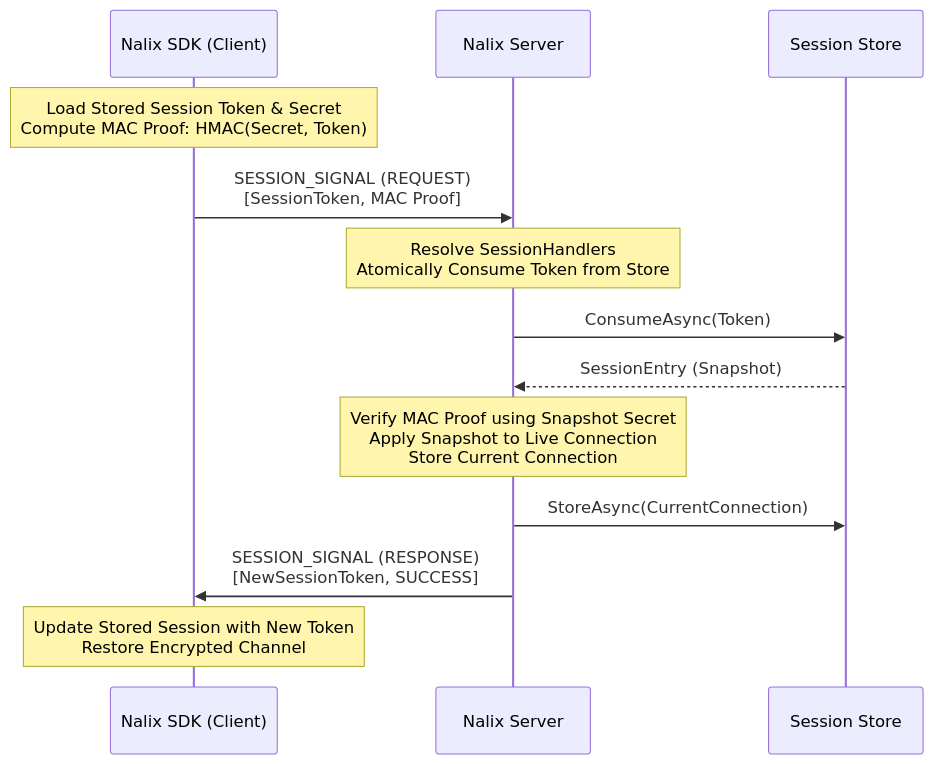
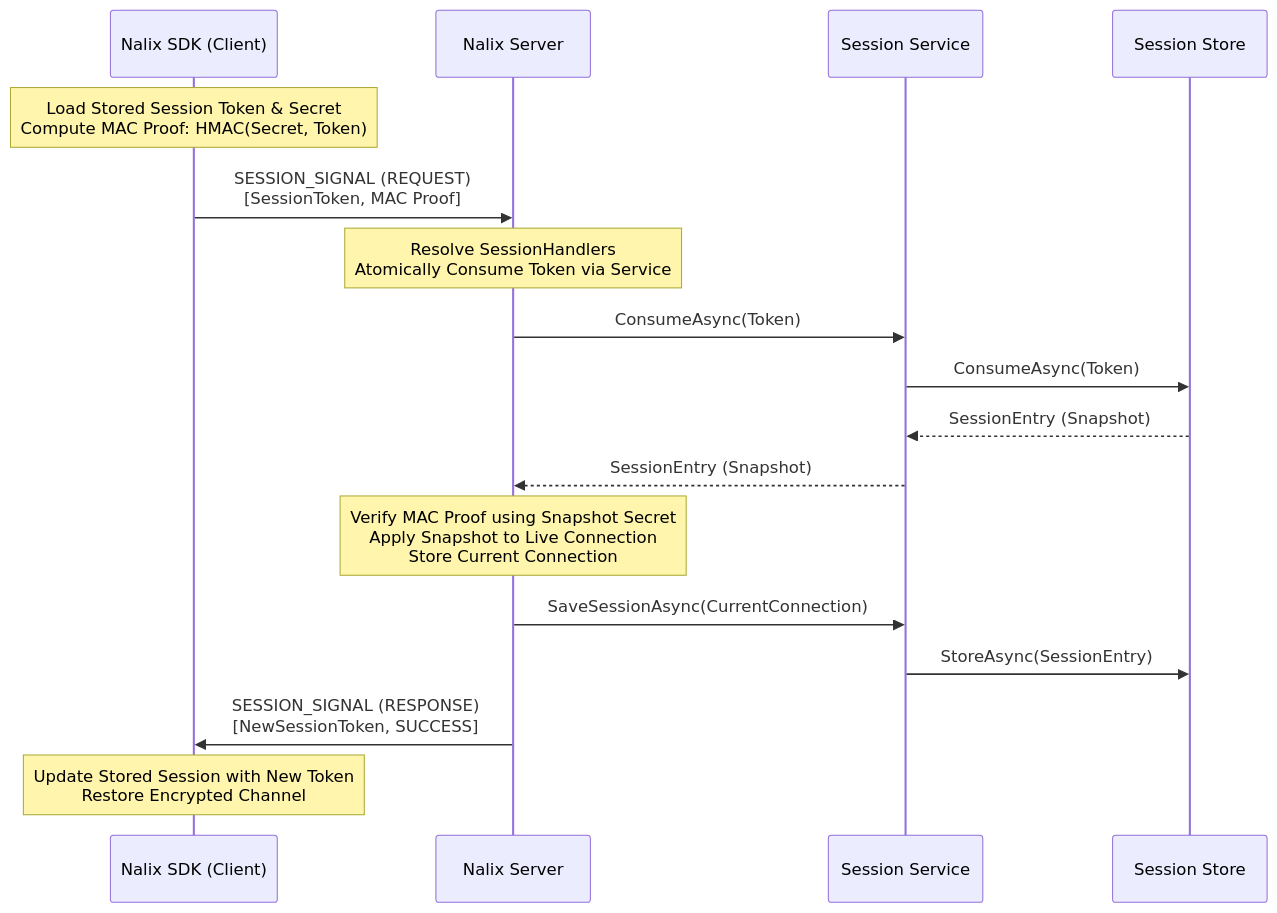
One commit to ppn-systems/Nalix changed the diagram in docs/concepts/security/session-resumption.md. Above: the diagram before and after it, drawn with Mermaid. The commit also changed other lines of this file and 14 other files, not shown here.

````diff
--- a/docs/concepts/security/session-resumption.md
+++ b/docs/concepts/security/session-resumption.md
@@ -23,23 +23,27 @@
 ```mermaid
 sequenceDiagram
     participant SDK as Nalix SDK (Client)
     participant Srv as Nalix Server
+    participant SSv as Session Service
     participant Store as Session Store
 
     Note over SDK: Load Stored Session Token & Secret<br/>Compute MAC Proof: HMAC(Secret, Token)
     
     SDK->>Srv: SESSION_SIGNAL (REQUEST)<br/>[SessionToken, MAC Proof]
     
-    Note over Srv: Resolve SessionHandlers<br/>Atomically Consume Token from Store
+    Note over Srv: Resolve SessionHandlers<br/>Atomically Consume Token via Service
     
-    Srv->>Store: ConsumeAsync(Token)
-    Store-->>Srv: SessionEntry (Snapshot)
+    Srv->>SSv: ConsumeAsync(Token)
+    SSv->>Store: ConsumeAsync(Token)
+    Store-->>SSv: SessionEntry (Snapshot)
+    SSv-->>Srv: SessionEntry (Snapshot)
     
     Note over Srv: Verify MAC Proof using Snapshot Secret<br/>Apply Snapshot to Live Connection<br/>Store Current Connection
     
-    Srv->>Store: StoreAsync(CurrentConnection)
+    Srv->>SSv: SaveSessionAsync(CurrentConnection)
+    SSv->>Store: StoreAsync(SessionEntry)
     
     Srv->>SDK: SESSION_SIGNAL (RESPONSE)<br/>[NewSessionToken, SUCCESS]
     
     Note over SDK: Update Stored Session with New Token<br/>Restore Encrypted Channel
 ```
````
